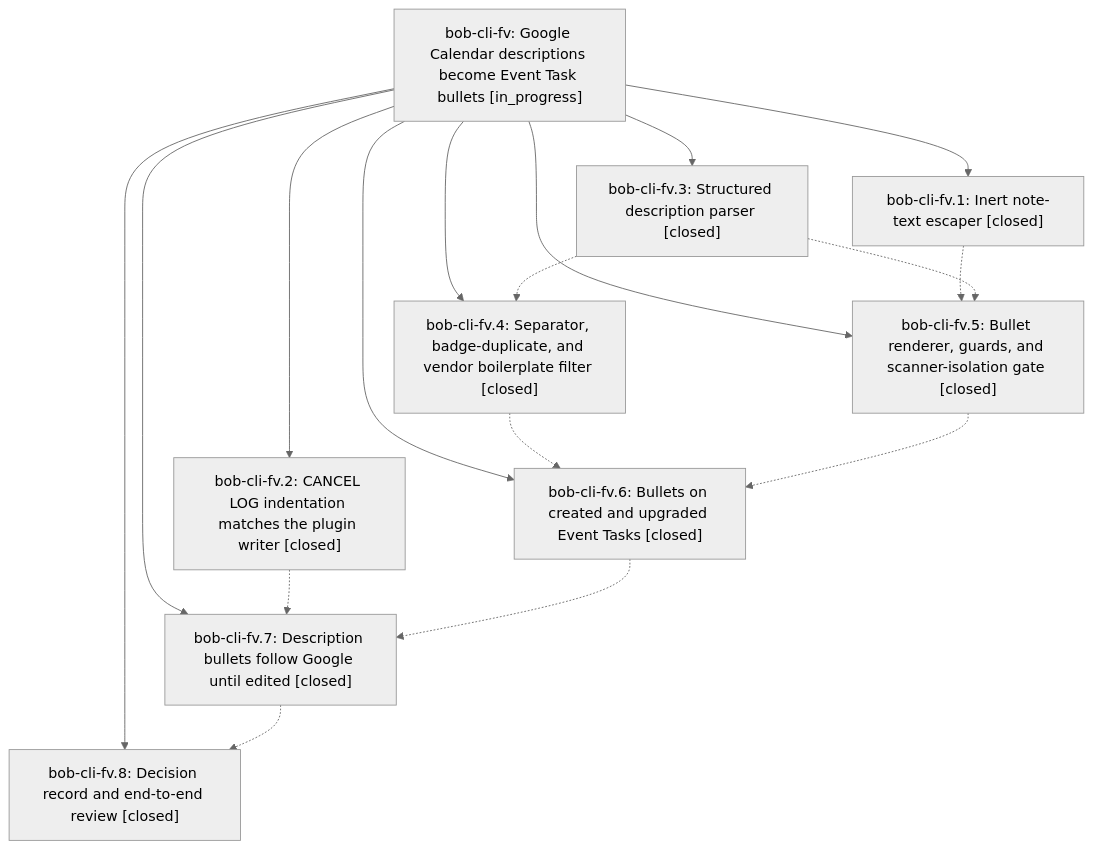
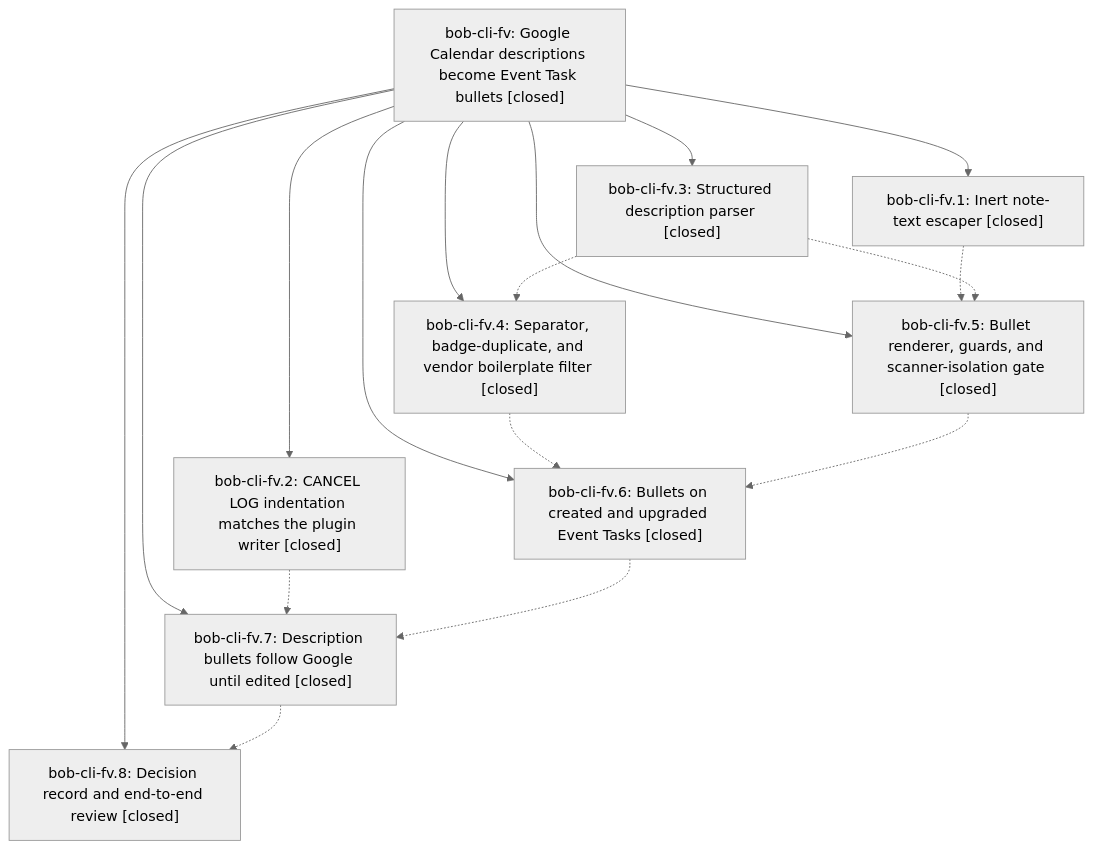
The diagram in pages/bob-cli-fv/README.md (bobs-org/bob-cli--beads), drawn with Mermaid (neutral theme) before and after one commit. The commit also changed other lines of this file and 1 other file, not shown here.

First line of the commit message:
chore(beads): sync bead state and pages for bob-cli-fv

````diff
--- a/pages/bob-cli-fv/README.md
+++ b/pages/bob-cli-fv/README.md
@@ -43,28 +47,28 @@
 ```mermaid
 flowchart TD
-    n0["bob-cli-fv: Google Calendar descriptions become Event Task bullets [in_progress]"]
+    n0["bob-cli-fv: Google Calendar descriptions become Event Task bullets [closed]"]
     n1["bob-cli-fv.1: Inert note-text escaper [closed]"]
     n2["bob-cli-fv.2: CANCEL LOG indentation matches the plugin writer [closed]"]
     n3["bob-cli-fv.3: Structured description parser [closed]"]
     n4["bob-cli-fv.4: Separator, badge-duplicate, and vendor boilerplate filter [closed]"]
     n5["bob-cli-fv.5: Bullet renderer, guards, and scanner-isolation gate [closed]"]
     n6["bob-cli-fv.6: Bullets on created and upgraded Event Tasks [closed]"]
     n7["bob-cli-fv.7: Description bullets follow Google until edited [closed]"]
     n8["bob-cli-fv.8: Decision record and end-to-end review [closed]"]
     n0 --> n1
     n0 --> n2
     n0 --> n3
     n0 --> n4
     n0 --> n5
     n0 --> n6
     n0 --> n7
     n0 --> n8
     n1 -.-> n5
     n2 -.-> n7
     n3 -.-> n4
     n3 -.-> n5
     n4 -.-> n6
     n5 -.-> n6
     n6 -.-> n7
     n7 -.-> n8
 ```
````
